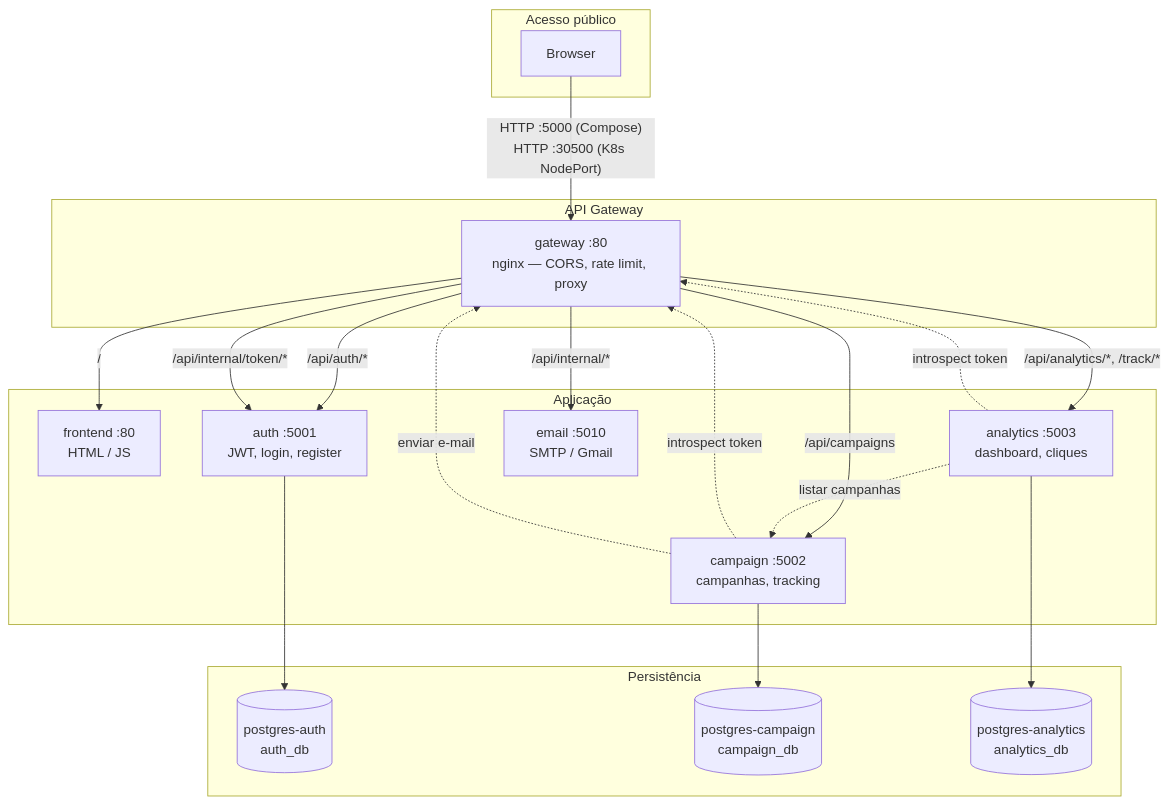
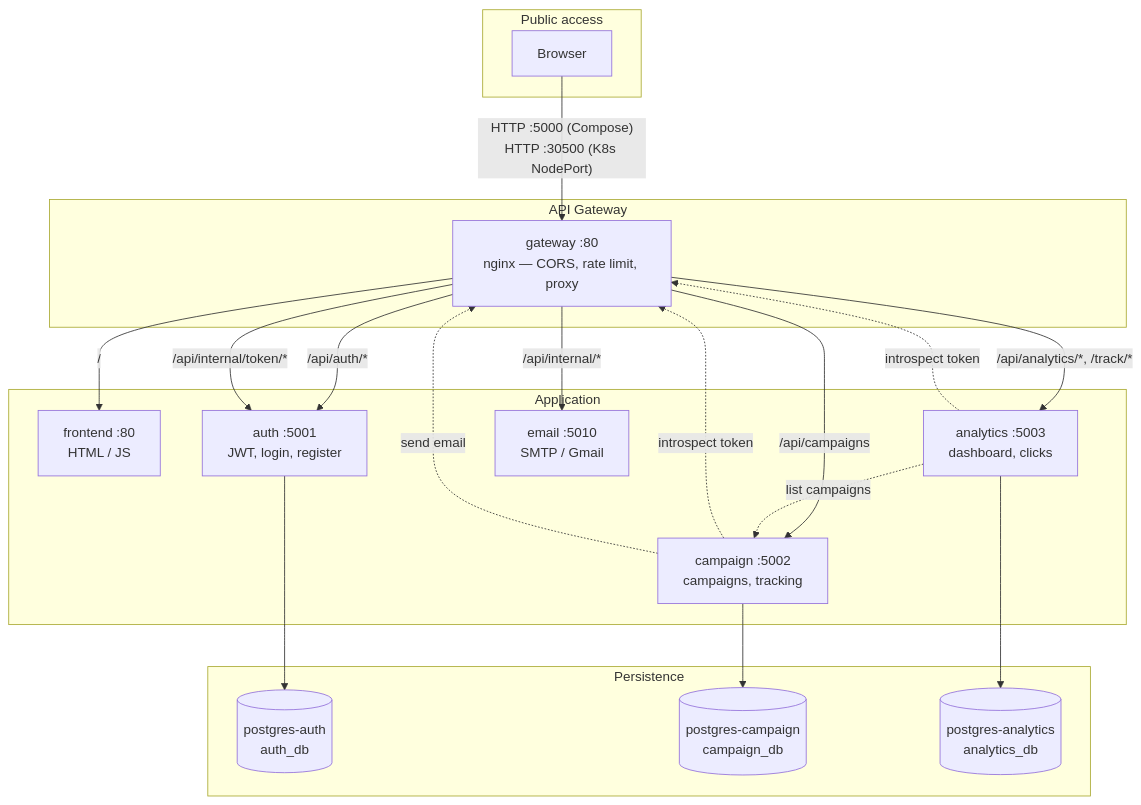
Before and after one commit to BerWalker/DevSecOps2026: the first of 2 diagrams in README.md, drawn with Mermaid. The commit also changed other lines of this file and 16 other files, not shown here.

````diff
--- a/README.md
+++ b/README.md
@@ -13,42 +13,42 @@
 ```mermaid
 flowchart TB
-    subgraph Public["Acesso público"]
+    subgraph Public["Public access"]
         Browser["Browser"]
     end
 
     subgraph GatewayLayer["API Gateway"]
         Gateway["gateway :80<br/>nginx — CORS, rate limit, proxy"]
     end
 
-    subgraph Apps["Aplicação"]
+    subgraph Apps["Application"]
         Frontend["frontend :80<br/>HTML / JS"]
         Auth["auth :5001<br/>JWT, login, register"]
-        Campaign["campaign :5002<br/>campanhas, tracking"]
-        Analytics["analytics :5003<br/>dashboard, cliques"]
+        Campaign["campaign :5002<br/>campaigns, tracking"]
+        Analytics["analytics :5003<br/>dashboard, clicks"]
         Email["email :5010<br/>SMTP / Gmail"]
     end
 
-    subgraph Data["Persistência"]
+    subgraph Data["Persistence"]
         PGAuth[("postgres-auth<br/>auth_db")]
         PGCampaign[("postgres-campaign<br/>campaign_db")]
         PGAnalytics[("postgres-analytics<br/>analytics_db")]
     end
 
     Browser -->|"HTTP :5000 (Compose)<br/>HTTP :30500 (K8s NodePort)"| Gateway
 
     Gateway -->|"/"| Frontend
     Gateway -->|"/api/auth/*"| Auth
     Gateway -->|"/api/campaigns"| Campaign
     Gateway -->|"/api/analytics/*, /track/*"| Analytics
     Gateway -->|"/api/internal/*"| Email
     Gateway -->|"/api/internal/token/*"| Auth
 
     Auth --> PGAuth
     Campaign --> PGCampaign
     Analytics --> PGAnalytics
 
     Campaign -.->|"introspect token"| Gateway
     Analytics -.->|"introspect token"| Gateway
-    Analytics -.->|"listar campanhas"| Campaign
-    Campaign -.->|"enviar e-mail"| Gateway
+    Analytics -.->|"list campaigns"| Campaign
+    Campaign -.->|"send email"| Gateway
 ```
````
